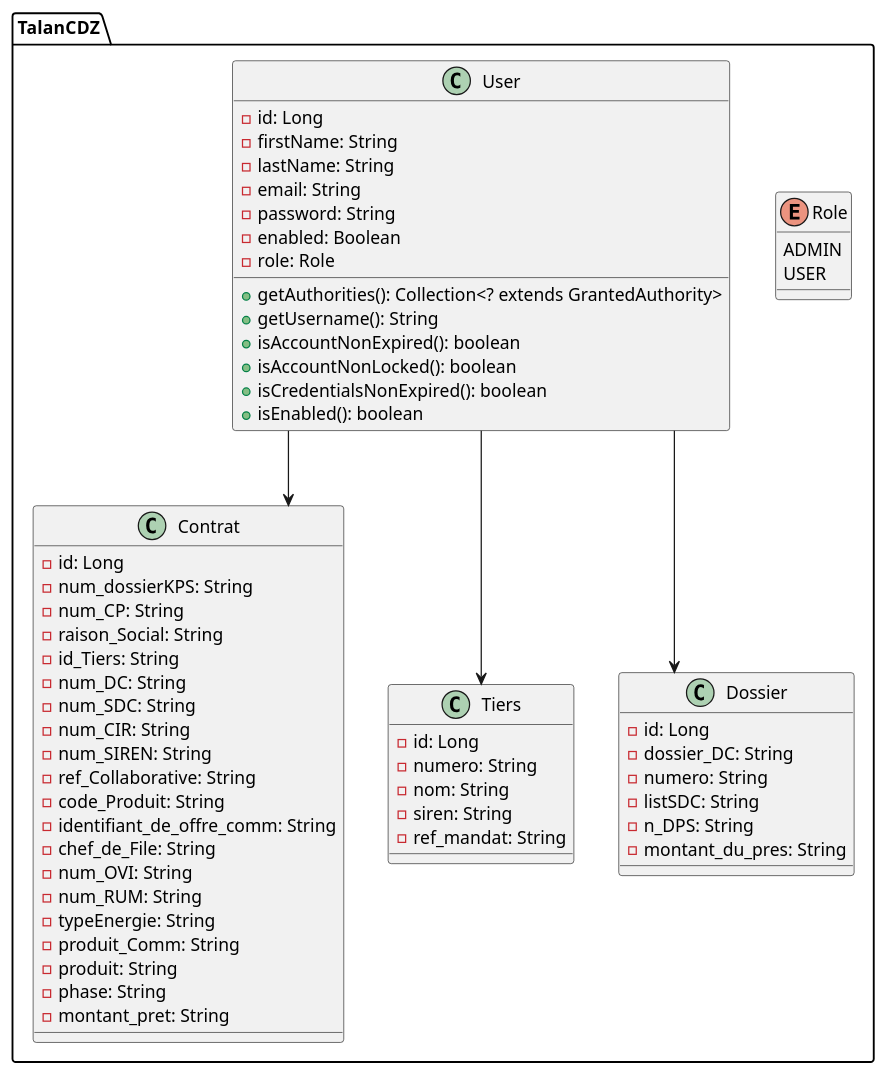
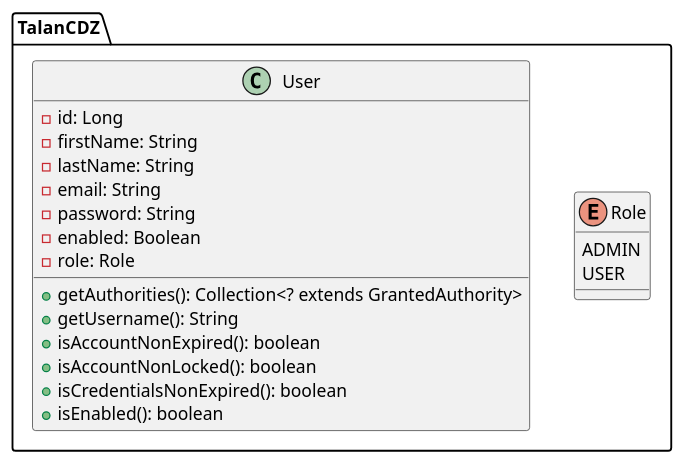
The diagram in diagramme.puml (Kurogiri-maker/pfebackend), drawn with PlantUML before and after one commit. The commit also changed 2 other files, not shown here.

```diff
--- a/diagramme.puml
+++ b/diagramme.puml
@@ -1,73 +1,30 @@
 @startuml
 skinparam linetype ortho
 
 package "TalanCDZ" {
   enum "Role" {
     ADMIN
     USER
   }
 
-  class "Contrat" {
-    -id: Long
-    -num_dossierKPS: String
-    -num_CP: String
-    -raison_Social: String
-    -id_Tiers: String
-    -num_DC: String
-    -num_SDC: String
-    -num_CIR: String
-    -num_SIREN: String
-    -ref_Collaborative: String
-    -code_Produit: String
-    -identifiant_de_offre_comm: String
-    -chef_de_File: String
-    -num_OVI: String
-    -num_RUM: String
-    -typeEnergie: String
-    -produit_Comm: String
-    -produit: String
-    -phase: String
-    -montant_pret: String
-  }
-
-  class Tiers {
-      -id: Long
-      -numero: String
-      -nom: String
-      -siren: String
-      -ref_mandat: String
-  }
-
-  class Dossier {
-      -id: Long
-      -dossier_DC: String
-      -numero: String
-      -listSDC: String
-      -n_DPS: String
-      -montant_du_pres: String
-  }
 
 
   class "User" {
     -id: Long
     -firstName: String
     -lastName: String
     -email: String
     -password: String
     -enabled: Boolean
     -role: Role
 
     +getAuthorities(): Collection<? extends GrantedAuthority>
     +getUsername(): String
     +isAccountNonExpired(): boolean
     +isAccountNonLocked(): boolean
     +isCredentialsNonExpired(): boolean
     +isEnabled(): boolean
   }
 
-  "User" -->  "Contrat"
-   "User" -->  "Tiers"
-   "User" -->  "Dossier"
-
 }
 @enduml
```
